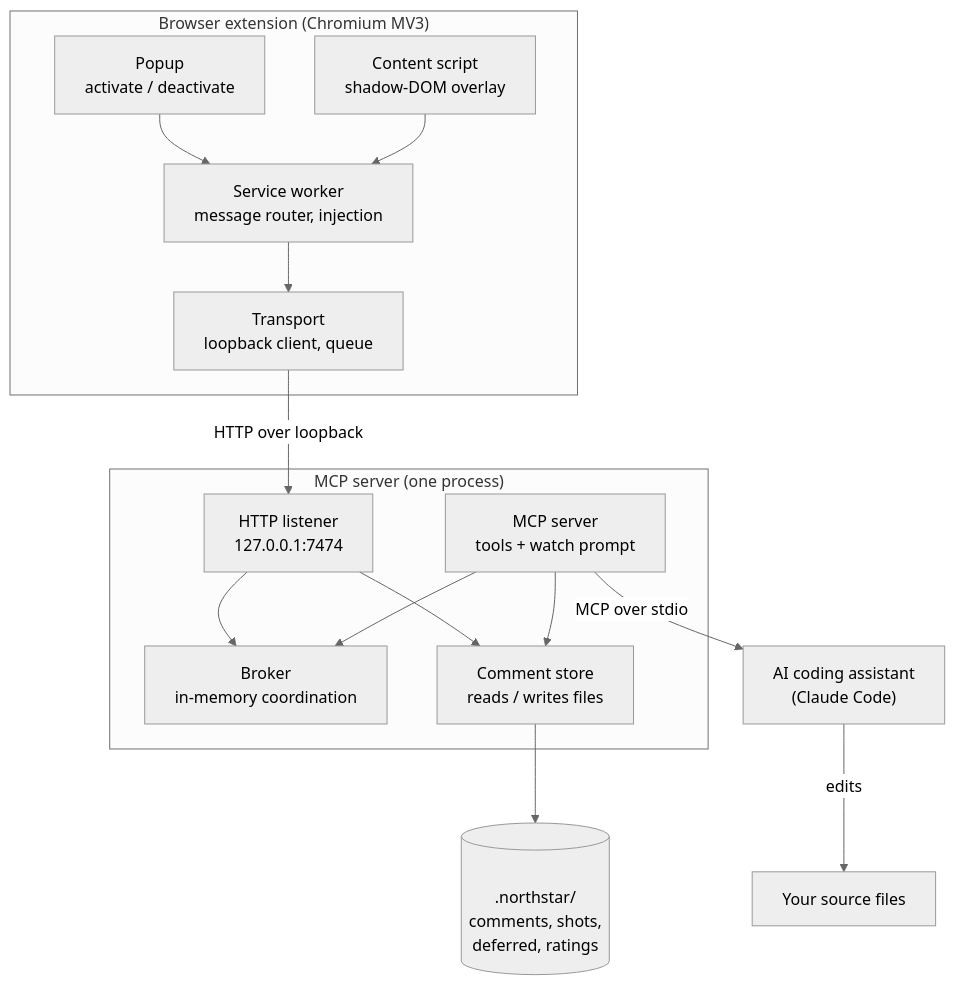
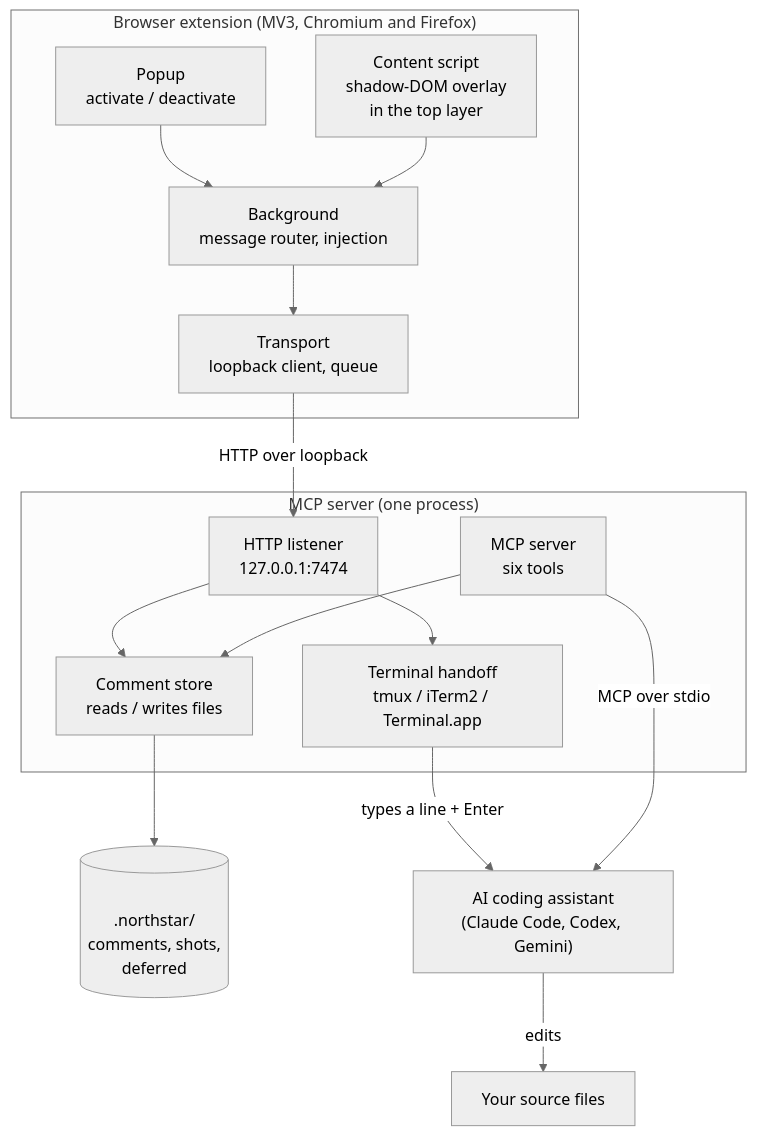
The first of 2 diagrams in docs/architecture.md (pallandir/claude-comments), drawn with Mermaid (neutral theme) before and after one commit. The commit also changed other lines of this file and 16 other files, not shown here.

First line of the commit message:
docs: rewrite for the terminal handoff and Firefox support

````diff
--- a/docs/architecture.md
+++ b/docs/architecture.md
@@ -10,31 +11,31 @@
 ```mermaid
 flowchart TB
-    subgraph Browser["Browser extension (Chromium MV3)"]
+    subgraph Browser["Browser extension (MV3, Chromium and Firefox)"]
       Popup["Popup<br/>activate / deactivate"]
-      Worker["Service worker<br/>message router, injection"]
-      Content["Content script<br/>shadow-DOM overlay"]
+      Worker["Background<br/>message router, injection"]
+      Content["Content script<br/>shadow-DOM overlay<br/>in the top layer"]
       Transport["Transport<br/>loopback client, queue"]
       Popup --> Worker
       Content --> Worker
       Worker --> Transport
     end
 
     subgraph Server["MCP server (one process)"]
       Http["HTTP listener<br/>127.0.0.1:7474"]
-      Broker["Broker<br/>in-memory coordination"]
-      Mcp["MCP server<br/>tools + watch prompt"]
+      Handoff["Terminal handoff<br/>tmux / iTerm2 / Terminal.app"]
+      Mcp["MCP server<br/>six tools"]
       Store["Comment store<br/>reads / writes files"]
-      Http --> Broker
-      Mcp --> Broker
       Http --> Store
+      Http --> Handoff
       Mcp --> Store
     end
 
-    Disk[("<br/>.northstar/<br/>comments, shots,<br/>deferred, ratings<br/>")]
-    Assistant["AI coding assistant<br/>(Claude Code)"]
+    Disk[("<br/>.northstar/<br/>comments, shots,<br/>deferred<br/>")]
+    Assistant["AI coding assistant<br/>(Claude Code, Codex, Gemini)"]
 
     Transport -- "HTTP over loopback" --> Http
     Store --> Disk
+    Handoff -- "types a line + Enter" --> Assistant
     Mcp -- "MCP over stdio" --> Assistant
     Assistant -- "edits" --> Repo["Your source files"]
 ```
````
